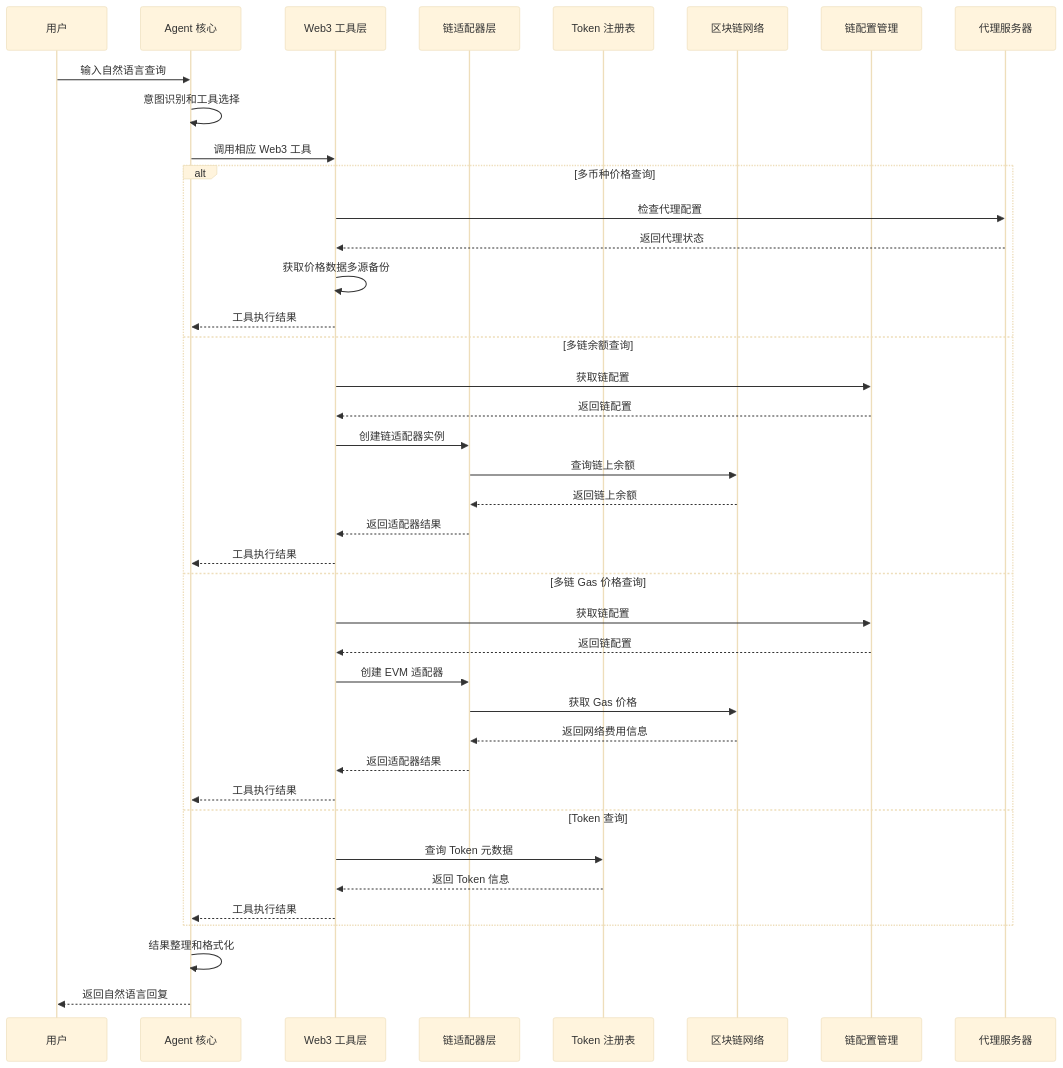
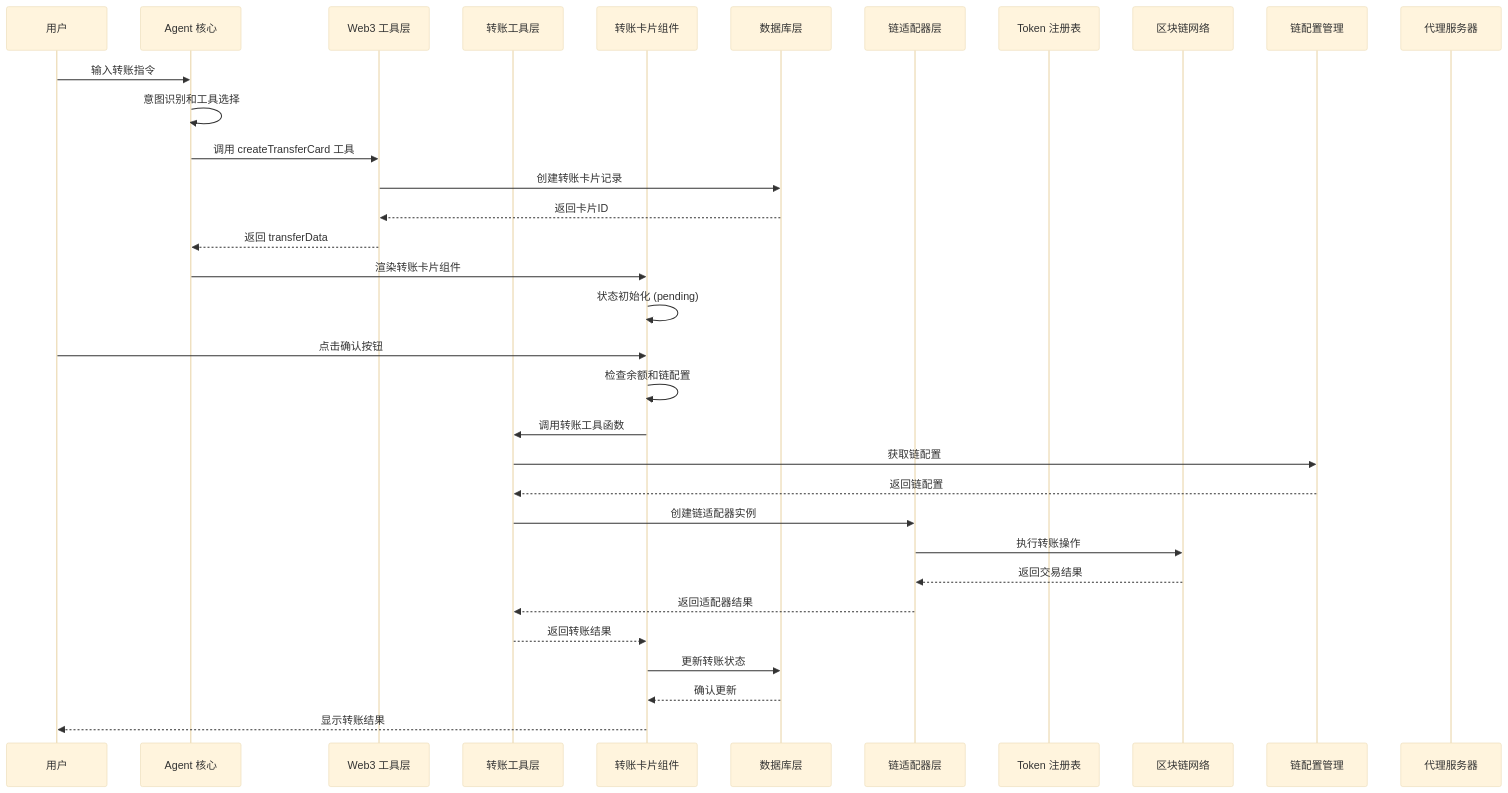
Before and after one commit to CryptoLinxu/Web3-AI-Agent: the second of 16 diagrams in .qoder/repowiki/zh/content/Web3工具集成/核心Web3工具实现/核心Web3工具实现.md, drawn with Mermaid (base theme). The commit also changed other lines of this file and 7 other files, not shown here.

Commit message:
eat(transfer-card): 实现 ERC20 approve 完整流程" -m "扩展 ERC20_ABI 增加 allowance 和 approve 新增 useReadContract 检查授权额度 allowance 不足时自动显示授权步骤 approve 成功后自动发起 transfer 新增 approving 状态和授权 UI 按钮 类型 TransferStatus 新增 approving

````diff
--- a/.qoder/repowiki/zh/content/Web3工具集成/核心Web3工具实现/核心Web3工具实现.md
+++ b/.qoder/repowiki/zh/content/Web3工具集成/核心Web3工具实现/核心Web3工具实现.md
@@ -197,42 +258,35 @@
 ```mermaid
 sequenceDiagram
 participant User as 用户
 participant Agent as Agent 核心
 participant Tool as Web3 工具层
+participant TransferTool as 转账工具层
+participant Card as 转账卡片组件
+participant DB as 数据库层
 participant ChainAdapter as 链适配器层
 participant TokenRegistry as Token 注册表
 participant Chain as 区块链网络
 participant Config as 链配置管理
 participant Proxy as 代理服务器
-User->>Agent : 输入自然语言查询
+User->>Agent : 输入转账指令
 Agent->>Agent : 意图识别和工具选择
-Agent->>Tool : 调用相应 Web3 工具
-alt 多币种价格查询
-Tool->>Proxy : 检查代理配置
-Proxy-->>Tool : 返回代理状态
-Tool->>Tool : 获取价格数据多源备份
-Tool-->>Agent : 工具执行结果
-else 多链余额查询
-Tool->>Config : 获取链配置
-Config-->>Tool : 返回链配置
-Tool->>ChainAdapter : 创建链适配器实例
-ChainAdapter->>Chain : 查询链上余额
-Chain-->>ChainAdapter : 返回链上余额
-ChainAdapter-->>Tool : 返回适配器结果
-Tool-->>Agent : 工具执行结果
-else 多链 Gas 价格查询
-Tool->>Config : 获取链配置
-Config-->>Tool : 返回链配置
-Tool->>ChainAdapter : 创建 EVM 适配器
-ChainAdapter->>Chain : 获取 Gas 价格
-Chain-->>ChainAdapter : 返回网络费用信息
-ChainAdapter-->>Tool : 返回适配器结果
-Tool-->>Agent : 工具执行结果
-else Token 查询
-Tool->>TokenRegistry : 查询 Token 元数据
-TokenRegistry-->>Tool : 返回 Token 信息
-Tool-->>Agent : 工具执行结果
-end
-Agent->>Agent : 结果整理和格式化
-Agent-->>User : 返回自然语言回复
+Agent->>Tool : 调用 createTransferCard 工具
+Tool->>DB : 创建转账卡片记录
+DB-->>Tool : 返回卡片ID
+Tool-->>Agent : 返回 transferData
+Agent->>Card : 渲染转账卡片组件
+Card->>Card : 状态初始化 (pending)
+User->>Card : 点击确认按钮
+Card->>Card : 检查余额和链配置
+Card->>TransferTool : 调用转账工具函数
+TransferTool->>Config : 获取链配置
+Config-->>TransferTool : 返回链配置
+TransferTool->>ChainAdapter : 创建链适配器实例
+ChainAdapter->>Chain : 执行转账操作
+Chain-->>ChainAdapter : 返回交易结果
+ChainAdapter-->>TransferTool : 返回适配器结果
+TransferTool-->>Card : 返回转账结果
+Card->>DB : 更新转账状态
+DB-->>Card : 确认更新
+Card-->>User : 显示转账结果
 ```
````
